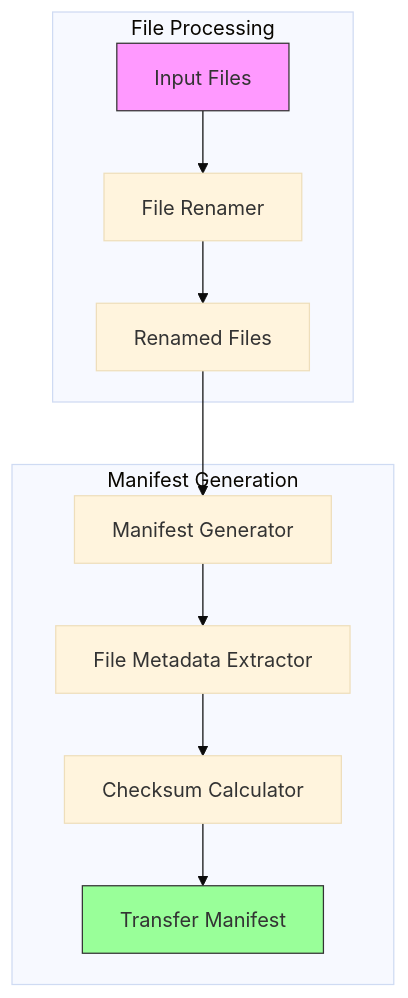
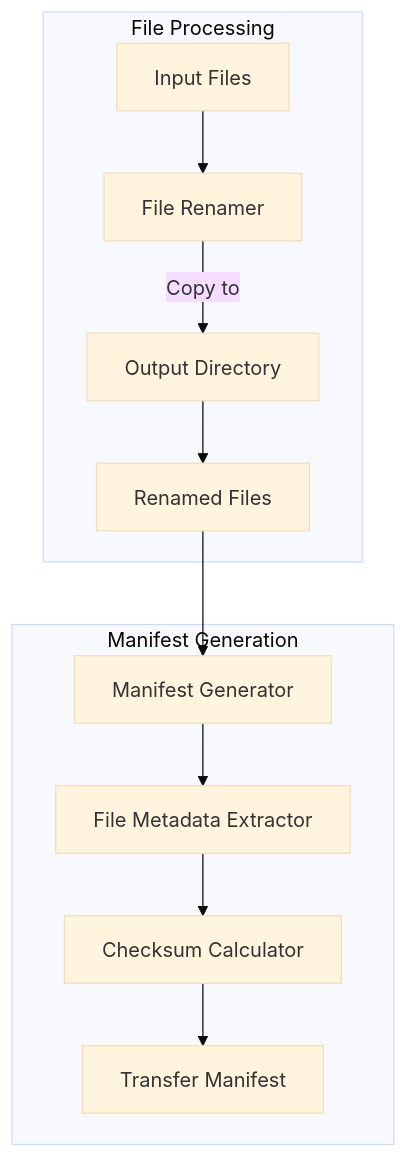
Before and after one commit to CBIIT/crdc-ctdc-data-curation: the first of 6 diagrams in tdd/output/requirement1_system_design.md, drawn with Mermaid (base theme). The commit also changed other lines of this file and 347 other files, not shown here.

````diff
--- a/tdd/output/requirement1_system_design.md
+++ b/tdd/output/requirement1_system_design.md
@@ -8,17 +8,16 @@
 ```mermaid
 graph TB
     subgraph File Processing
         A[Input Files] --> B[File Renamer]
-        B --> C[Renamed Files]
+        B --> |Copy to| O[Output Directory]
+        O --> C[Renamed Files]
     end
     
     subgraph Manifest Generation
         C --> D[Manifest Generator]
         D --> E[File Metadata Extractor]
         E --> F[Checksum Calculator]
         F --> G[Transfer Manifest]
     end
 
-    style A fill:#f9f,stroke:#333
-    style G fill:#9f9,stroke:#333
 ```
````
